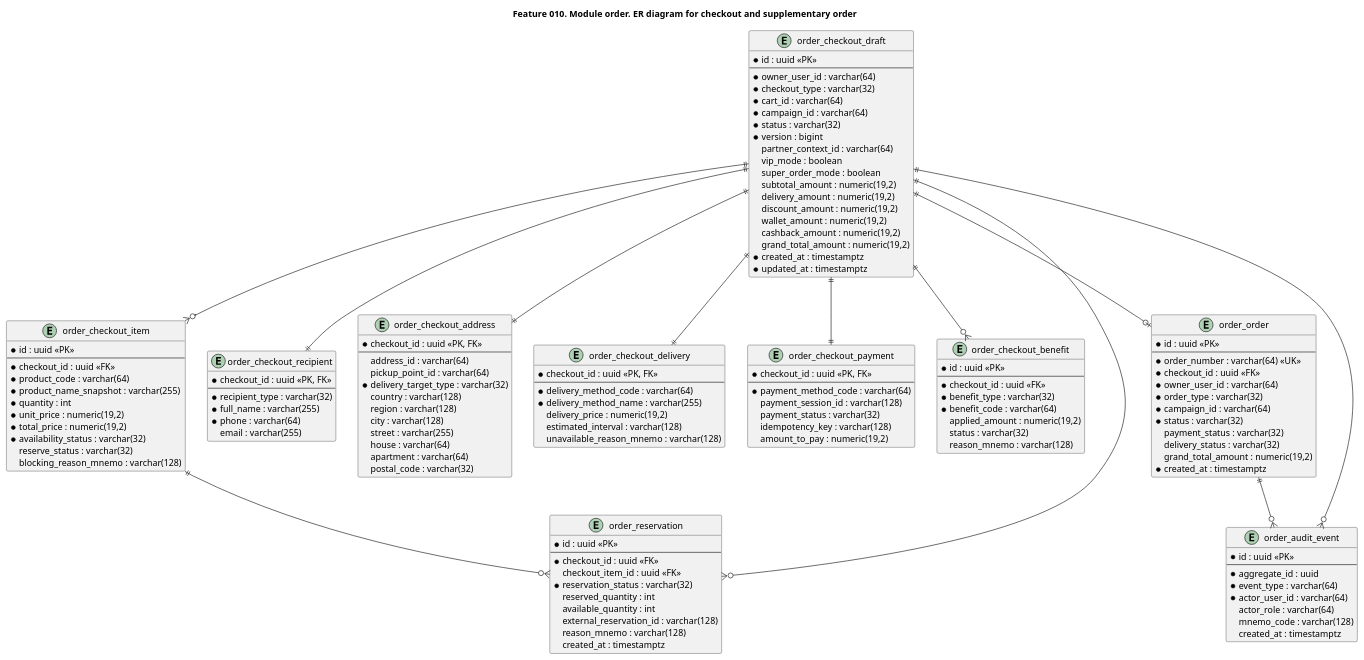
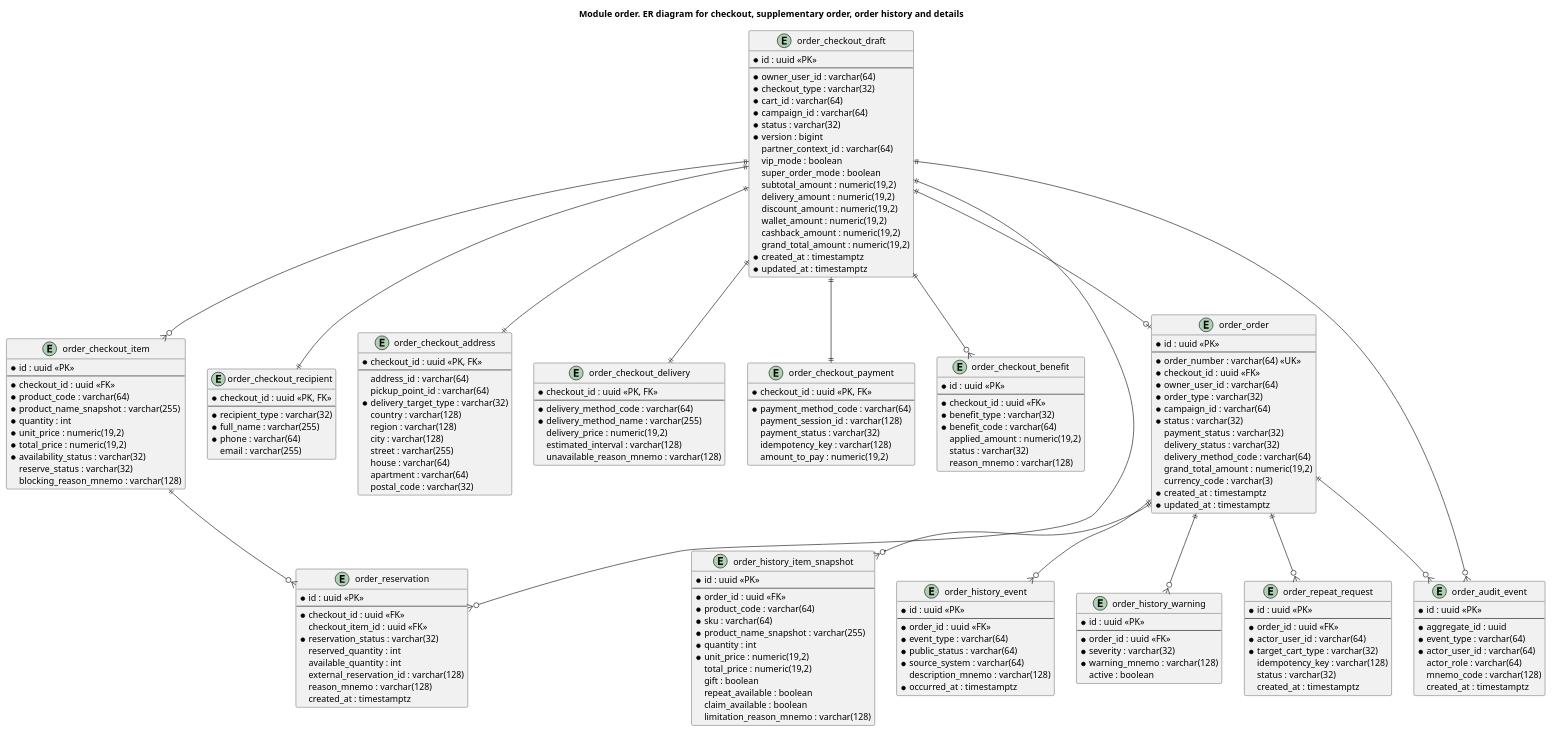
Before and after one commit to alextaralexander/ai_ori_test: the diagram in agents/analytics/sa/modules/module_order/module_er_diagram.plantuml, drawn with PlantUML. The commit also changed 43 other files, not shown here.

```diff
--- a/agents/analytics/sa/modules/module_order/module_er_diagram.plantuml
+++ b/agents/analytics/sa/modules/module_order/module_er_diagram.plantuml
@@ -1,145 +1,199 @@
 @startuml
-title Feature 010. Module order. ER diagram for checkout and supplementary order
+title Module order. ER diagram for checkout, supplementary order, order history and details
 
 entity "order_checkout_draft" as checkout {
   * id : uuid <<PK>>
   --
   * owner_user_id : varchar(64)
   * checkout_type : varchar(32)
   * cart_id : varchar(64)
   * campaign_id : varchar(64)
   * status : varchar(32)
   * version : bigint
   partner_context_id : varchar(64)
   vip_mode : boolean
   super_order_mode : boolean
   subtotal_amount : numeric(19,2)
   delivery_amount : numeric(19,2)
   discount_amount : numeric(19,2)
   wallet_amount : numeric(19,2)
   cashback_amount : numeric(19,2)
   grand_total_amount : numeric(19,2)
   * created_at : timestamptz
   * updated_at : timestamptz
 }
 
 entity "order_checkout_item" as item {
   * id : uuid <<PK>>
   --
   * checkout_id : uuid <<FK>>
   * product_code : varchar(64)
   * product_name_snapshot : varchar(255)
   * quantity : int
   * unit_price : numeric(19,2)
   * total_price : numeric(19,2)
   * availability_status : varchar(32)
   reserve_status : varchar(32)
   blocking_reason_mnemo : varchar(128)
 }
 
 entity "order_checkout_recipient" as recipient {
   * checkout_id : uuid <<PK, FK>>
   --
   * recipient_type : varchar(32)
   * full_name : varchar(255)
   * phone : varchar(64)
   email : varchar(255)
 }
 
 entity "order_checkout_address" as address {
   * checkout_id : uuid <<PK, FK>>
   --
   address_id : varchar(64)
   pickup_point_id : varchar(64)
   * delivery_target_type : varchar(32)
   country : varchar(128)
   region : varchar(128)
   city : varchar(128)
   street : varchar(255)
   house : varchar(64)
   apartment : varchar(64)
   postal_code : varchar(32)
 }
 
 entity "order_checkout_delivery" as delivery {
   * checkout_id : uuid <<PK, FK>>
   --
   * delivery_method_code : varchar(64)
   * delivery_method_name : varchar(255)
   delivery_price : numeric(19,2)
   estimated_interval : varchar(128)
   unavailable_reason_mnemo : varchar(128)
 }
 
 entity "order_checkout_payment" as payment {
   * checkout_id : uuid <<PK, FK>>
   --
   * payment_method_code : varchar(64)
   payment_session_id : varchar(128)
   payment_status : varchar(32)
   idempotency_key : varchar(128)
   amount_to_pay : numeric(19,2)
 }
 
 entity "order_checkout_benefit" as benefit {
   * id : uuid <<PK>>
   --
   * checkout_id : uuid <<FK>>
   * benefit_type : varchar(32)
   * benefit_code : varchar(64)
   applied_amount : numeric(19,2)
   status : varchar(32)
   reason_mnemo : varchar(128)
 }
 
 entity "order_reservation" as reservation {
   * id : uuid <<PK>>
   --
   * checkout_id : uuid <<FK>>
   checkout_item_id : uuid <<FK>>
   * reservation_status : varchar(32)
   reserved_quantity : int
   available_quantity : int
   external_reservation_id : varchar(128)
   reason_mnemo : varchar(128)
   created_at : timestamptz
 }
 
 entity "order_order" as orderEntity {
   * id : uuid <<PK>>
   --
   * order_number : varchar(64) <<UK>>
   * checkout_id : uuid <<FK>>
   * owner_user_id : varchar(64)
   * order_type : varchar(32)
   * campaign_id : varchar(64)
   * status : varchar(32)
   payment_status : varchar(32)
   delivery_status : varchar(32)
+  delivery_method_code : varchar(64)
   grand_total_amount : numeric(19,2)
+  currency_code : varchar(3)
   * created_at : timestamptz
+  * updated_at : timestamptz
+}
+
+entity "order_history_item_snapshot" as historyItem {
+  * id : uuid <<PK>>
+  --
+  * order_id : uuid <<FK>>
+  * product_code : varchar(64)
+  * sku : varchar(64)
+  * product_name_snapshot : varchar(255)
+  * quantity : int
+  * unit_price : numeric(19,2)
+  total_price : numeric(19,2)
+  gift : boolean
+  repeat_available : boolean
+  claim_available : boolean
+  limitation_reason_mnemo : varchar(128)
+}
+
+entity "order_history_event" as historyEvent {
+  * id : uuid <<PK>>
+  --
+  * order_id : uuid <<FK>>
+  * event_type : varchar(64)
+  * public_status : varchar(64)
+  * source_system : varchar(64)
+  description_mnemo : varchar(128)
+  * occurred_at : timestamptz
+}
+
+entity "order_history_warning" as historyWarning {
+  * id : uuid <<PK>>
+  --
+  * order_id : uuid <<FK>>
+  * severity : varchar(32)
+  * warning_mnemo : varchar(128)
+  active : boolean
+}
+
+entity "order_repeat_request" as repeatRequest {
+  * id : uuid <<PK>>
+  --
+  * order_id : uuid <<FK>>
+  * actor_user_id : varchar(64)
+  * target_cart_type : varchar(32)
+  idempotency_key : varchar(128)
+  status : varchar(32)
+  created_at : timestamptz
 }
 
 entity "order_audit_event" as audit {
   * id : uuid <<PK>>
   --
   * aggregate_id : uuid
   * event_type : varchar(64)
   * actor_user_id : varchar(64)
   actor_role : varchar(64)
   mnemo_code : varchar(128)
   created_at : timestamptz
 }
 
 checkout ||--o{ item
 checkout ||--|| recipient
 checkout ||--|| address
 checkout ||--|| delivery
 checkout ||--|| payment
 checkout ||--o{ benefit
 checkout ||--o{ reservation
 item ||--o{ reservation
 checkout ||--o| orderEntity
 checkout ||--o{ audit
 orderEntity ||--o{ audit
+orderEntity ||--o{ historyItem
+orderEntity ||--o{ historyEvent
+orderEntity ||--o{ historyWarning
+orderEntity ||--o{ repeatRequest
 @enduml
```
